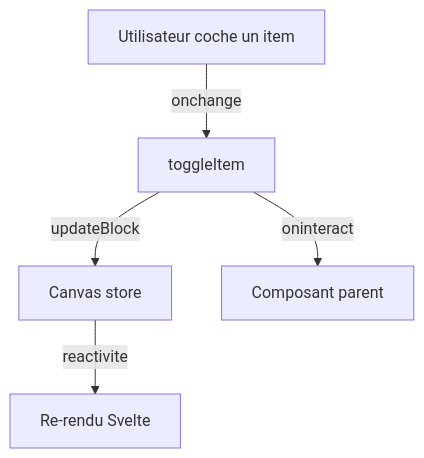
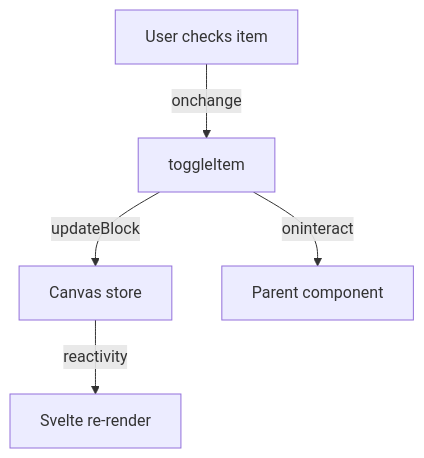
The second of 3 diagrams in docs/starlight/src/content/docs/tutorials/create-custom-widget.mdx (jeanbaptiste/webmcp-auto-ui), drawn with Mermaid before and after one commit. The commit also changed other lines of this file and 94 other files, not shown here.

````diff
--- a/docs/starlight/src/content/docs/tutorials/create-custom-widget.mdx
+++ b/docs/starlight/src/content/docs/tutorials/create-custom-widget.mdx
@@ -398,7 +369,7 @@
 ```mermaid
 graph TD
-    User[Utilisateur coche un item] -->|onchange| Toggle[toggleItem]
+    User[User checks item] -->|onchange| Toggle[toggleItem]
     Toggle -->|updateBlock| Canvas[Canvas store]
-    Toggle -->|oninteract| Parent[Composant parent]
-    Canvas -->|reactivite| Render[Re-rendu Svelte]
+    Toggle -->|oninteract| Parent[Parent component]
+    Canvas -->|reactivity| Render[Svelte re-render]
 ```
````
